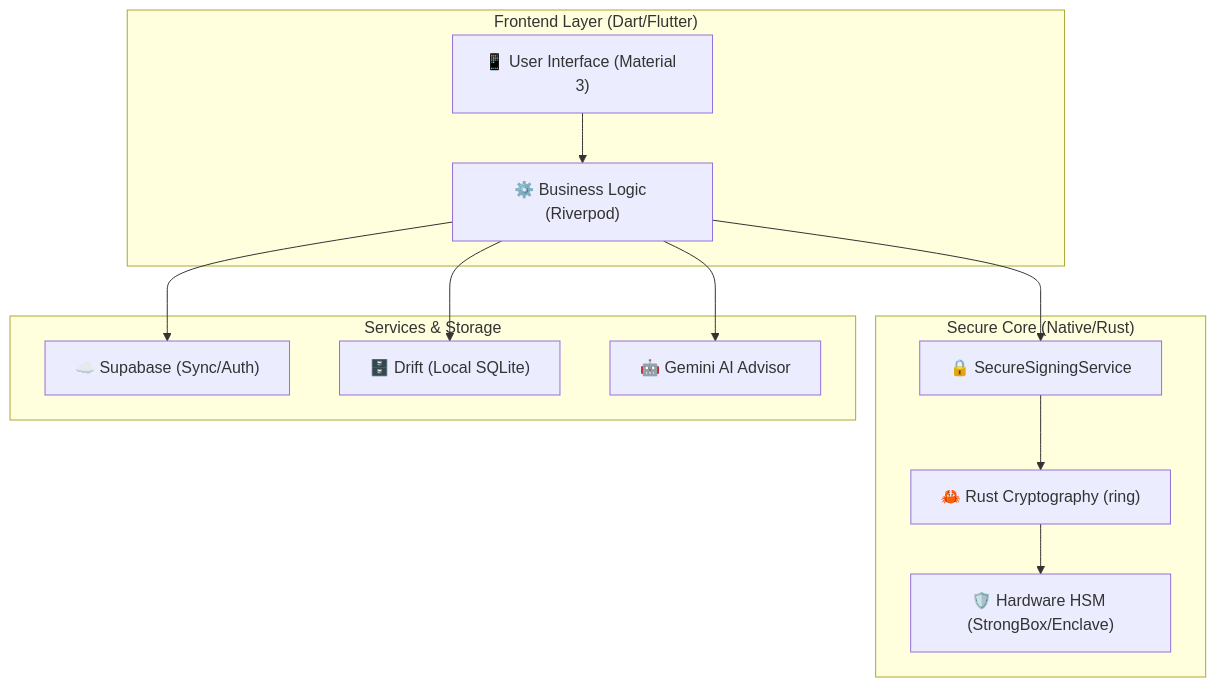
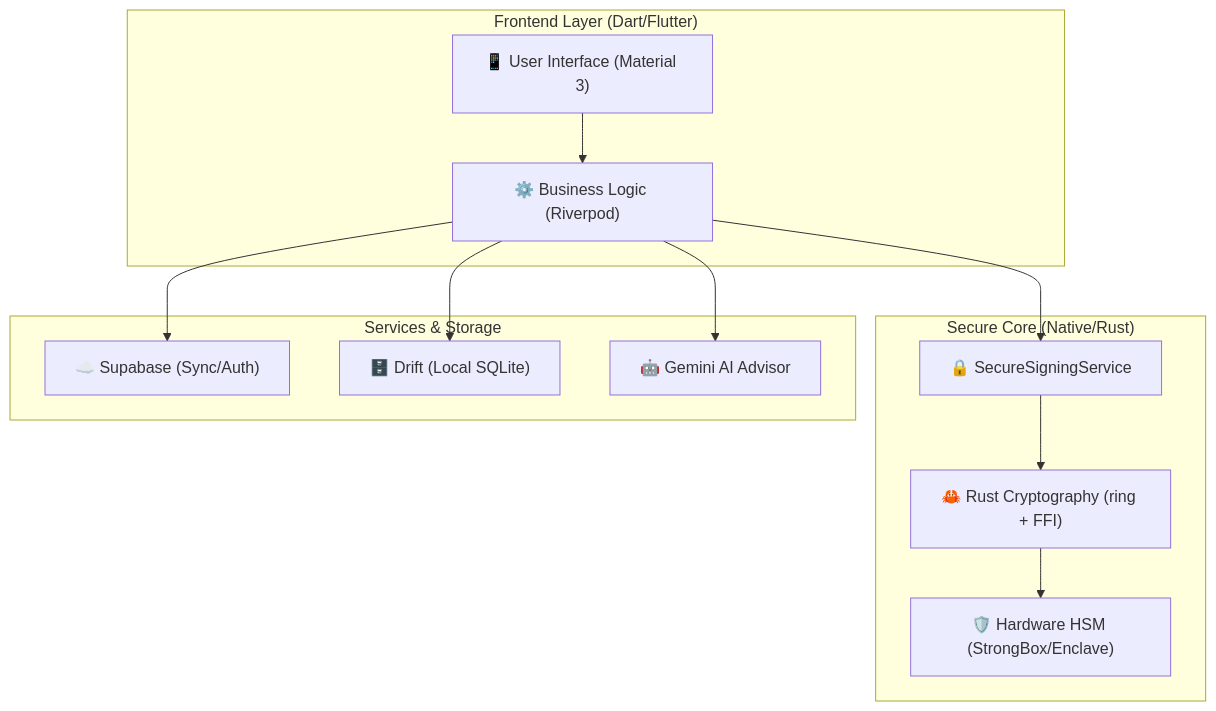
One commit to devmilang99/NeRuWallet changed the first of 3 diagrams in README.md. Above: the diagram before and after it, drawn with Mermaid. The commit also changed other lines of this file and 39 other files, not shown here.

````diff
--- a/README.md
+++ b/README.md
@@ -56,27 +56,27 @@
 ```mermaid
 graph TD
     subgraph "Frontend Layer (Dart/Flutter)"
         UI["📱 User Interface (Material 3)"]
         BL["⚙️ Business Logic (Riverpod)"]
     end
 
     subgraph "Secure Core (Native/Rust)"
         SC["🔒 SecureSigningService"]
-        RS["🦀 Rust Cryptography (ring)"]
+        RS["🦀 Rust Cryptography (ring + FFI)"]
         HSM["🛡️ Hardware HSM (StrongBox/Enclave)"]
     end
 
     subgraph "Services & Storage"
         SB["☁️ Supabase (Sync/Auth)"]
         DB["🗄️ Drift (Local SQLite)"]
         AI["🤖 Gemini AI Advisor"]
     end
 
     UI --> BL
     BL --> SC
     SC --> RS
     RS --> HSM
     BL --> SB
     BL --> DB
     BL --> AI
 ```
````
